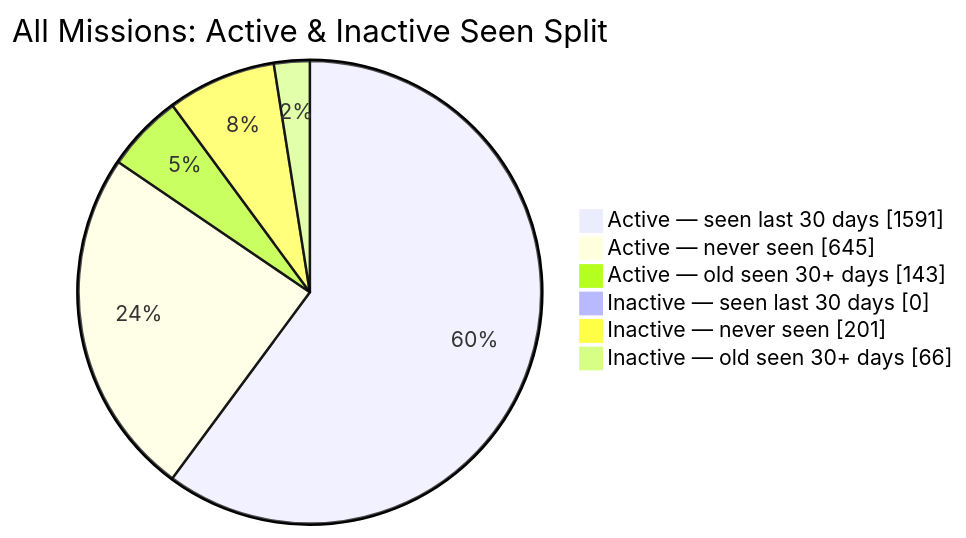
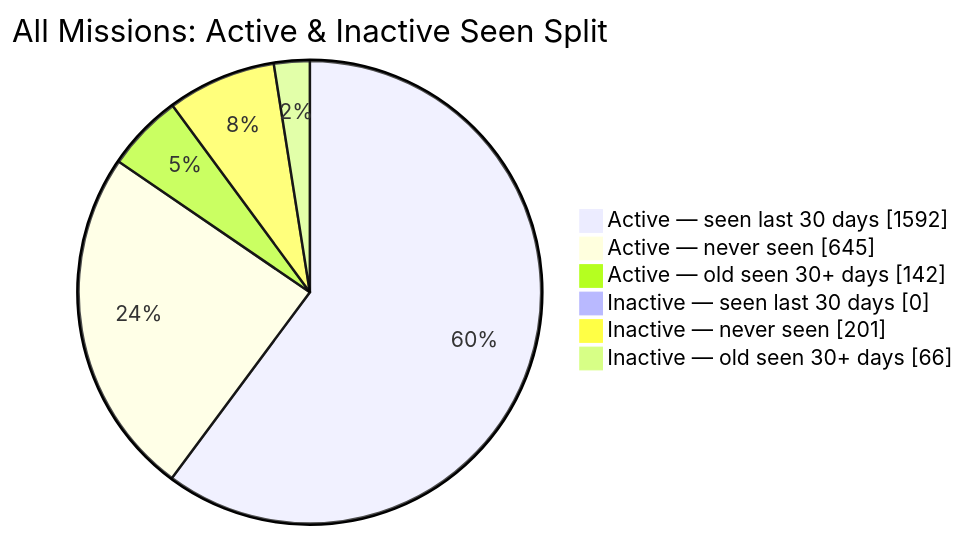
Before and after one commit to MeldkamerspelGameTeam/active-missions: the second of 2 diagrams in README.md, drawn with Mermaid. The commit also changed other lines of this file and 2 other files, not shown here.

````diff
--- a/README.md
+++ b/README.md
@@ -44,10 +44,10 @@
 ```mermaid
 pie showData
     title All Missions: Active & Inactive Seen Split
-    "Active — seen last 30 days" : 1591
+    "Active — seen last 30 days" : 1592
     "Active — never seen" : 645
-    "Active — old seen 30+ days" : 143
+    "Active — old seen 30+ days" : 142
     "Inactive — seen last 30 days" : 0
     "Inactive — never seen" : 201
     "Inactive — old seen 30+ days" : 66
 ```
````
